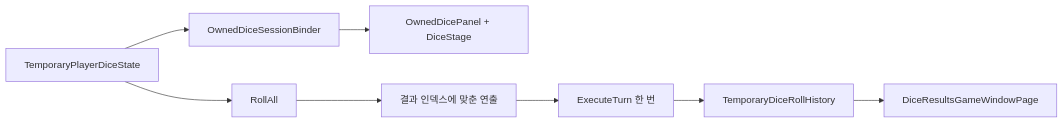
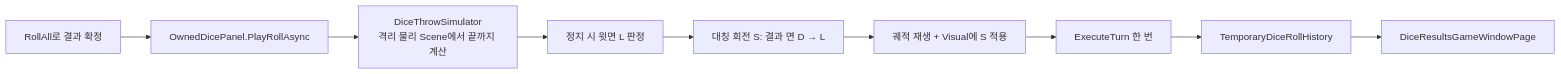
One commit to HomebodyDevil/TXT_RPG changed the diagram in DOCS/architecture/owned-dice-presentation.md. Above: the diagram before and after it, drawn with Mermaid. The commit also changed other lines of this file and 72 other files, not shown here.

First line of the commit message:
feat: add physics-based dice throw simulation and remove D4 die

````diff
--- a/DOCS/architecture/owned-dice-presentation.md
+++ b/DOCS/architecture/owned-dice-presentation.md
@@ -15,10 +19,11 @@
 ```mermaid
 flowchart LR
-    State[TemporaryPlayerDiceState] --> Binder[OwnedDiceSessionBinder]
-    Binder --> Panel[OwnedDicePanel + DiceStage]
-    State --> Roll[RollAll]
-    Roll --> Animation[결과 인덱스에 맞춘 연출]
-    Animation --> Combat[ExecuteTurn 한 번]
+    Roll[RollAll로 결과 확정] --> Panel[OwnedDicePanel.PlayRollAsync]
+    Panel --> Sim[DiceThrowSimulator<br/>격리 물리 Scene에서 끝까지 계산]
+    Sim --> Up[정지 시 윗면 L 판정]
+    Up --> Fix[대칭 회전 S: 결과 면 D → L]
+    Fix --> Replay[궤적 재생 + Visual에 S 적용]
+    Replay --> Combat[ExecuteTurn 한 번]
     Combat --> History[TemporaryDiceRollHistory]
     History --> Modal[DiceResultsGameWindowPage]
 ```
````
